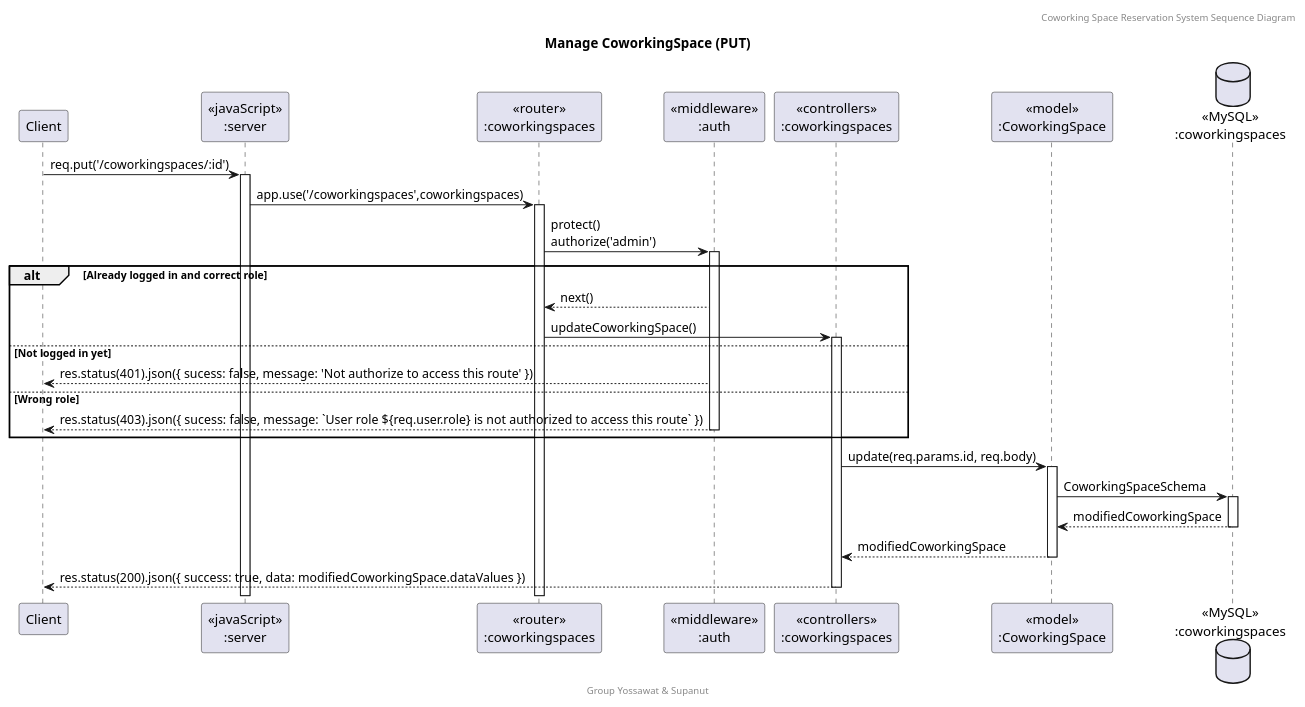
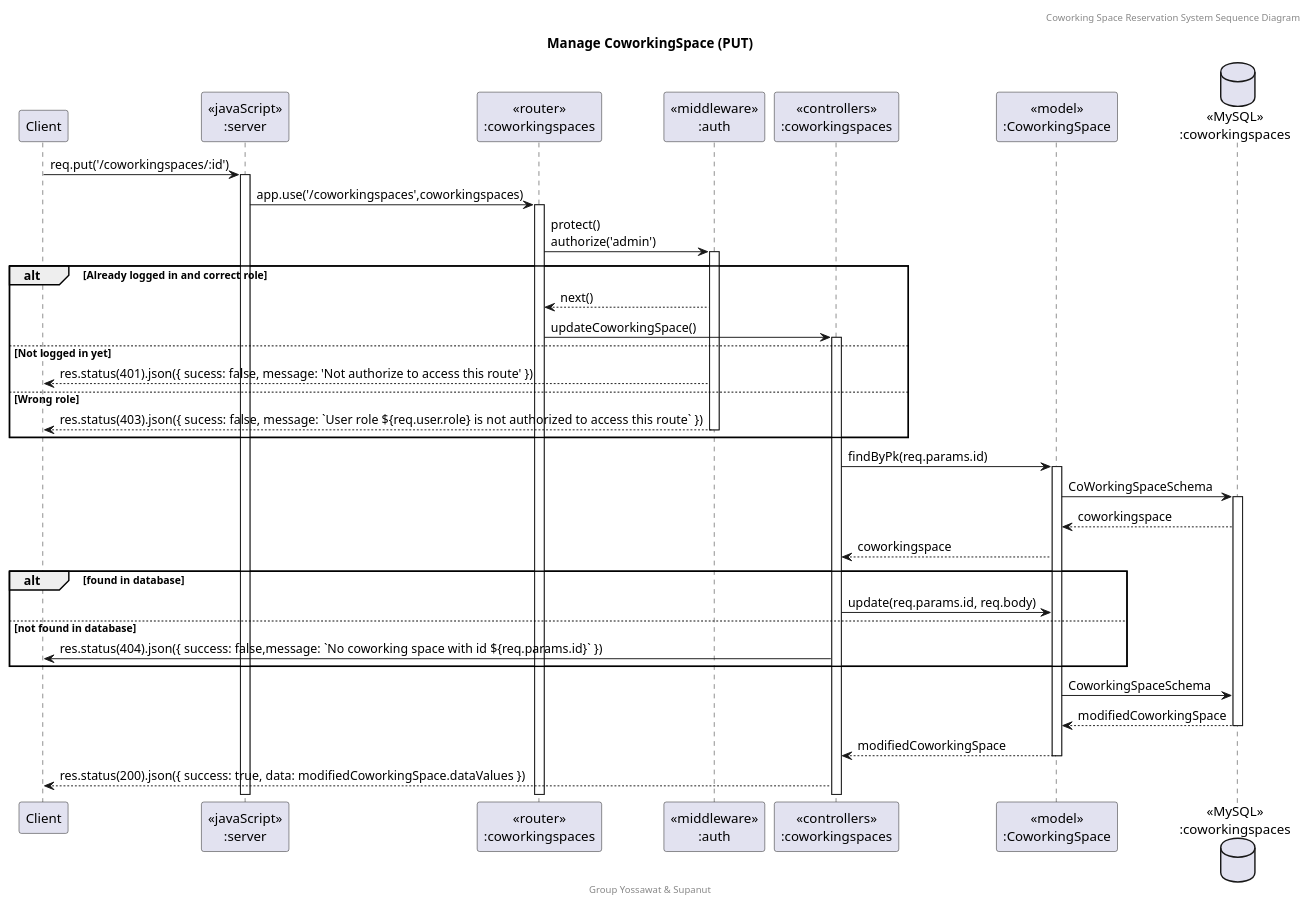
The diagram in doc/Sequence Diagram/puml/Co_Put.puml (SupanutT/sw-dev-prac-project), drawn with PlantUML before and after one commit. The commit also changed 29 other files, not shown here.

Commit message:
feat: add png for every diagram

```diff
--- a/doc/Sequence Diagram/puml/Co_Put.puml
+++ b/doc/Sequence Diagram/puml/Co_Put.puml
@@ -1,32 +1,41 @@
 @startuml Manage CoworkingSpace (PUT)
 
 header Coworking Space Reservation System Sequence Diagram
 footer Group Yossawat & Supanut
 title "Manage CoworkingSpace (PUT)"
 
 participant "Client" as client
 participant "<<javaScript>>\n:server" as server
 participant "<<router>>\n:coworkingspaces" as routerCoworkingSpaces
 participant "<<middleware>>\n:auth" as middleware
 participant "<<controllers>>\n:coworkingspaces" as controllersCoworkingSpaces
 participant "<<model>>\n:CoworkingSpace" as modelCoworkingSpace
 database "<<MySQL>>\n:coworkingspaces" as CoworkingSpacesDatabase
 
 client->server ++:req.put('/coworkingspaces/:id')
 server->routerCoworkingSpaces ++:app.use('/coworkingspaces',coworkingspaces)
 routerCoworkingSpaces -> middleware ++:protect()\nauthorize('admin')
 alt Already logged in and correct role
     middleware --> routerCoworkingSpaces : next()
     routerCoworkingSpaces -> controllersCoworkingSpaces ++: updateCoworkingSpace()
 else Not logged in yet
     middleware --> client : res.status(401).json({ sucess: false, message: 'Not authorize to access this route' })
 else Wrong role
     middleware --> client --: res.status(403).json({ sucess: false, message: `User role ${req.user.role} is not authorized to access this route` })
 end
-controllersCoworkingSpaces-> modelCoworkingSpace ++:update(req.params.id, req.body)
-modelCoworkingSpace -> CoworkingSpacesDatabase ++: CoworkingSpaceSchema
+controllersCoworkingSpaces -> modelCoworkingSpace ++: findByPk(req.params.id)
+modelCoworkingSpace -> CoworkingSpacesDatabase ++: CoWorkingSpaceSchema
+CoworkingSpacesDatabase --> modelCoworkingSpace : coworkingspace
+controllersCoworkingSpaces <-- modelCoworkingSpace : coworkingspace
+alt found in database
+    controllersCoworkingSpaces -> modelCoworkingSpace : update(req.params.id, req.body)
+else not found in database
+    controllersCoworkingSpaces -> client : res.status(404).json({ success: false,message: `No coworking space with id ${req.params.id}` })
+end
+modelCoworkingSpace -> CoworkingSpacesDatabase : CoworkingSpaceSchema
 CoworkingSpacesDatabase --> modelCoworkingSpace --: modifiedCoworkingSpace
 controllersCoworkingSpaces <-- modelCoworkingSpace --: modifiedCoworkingSpace
-controllersCoworkingSpaces-->client --: res.status(200).json({ success: true, data: modifiedCoworkingSpace.dataValues })
+controllersCoworkingSpaces-->client : res.status(200).json({ success: true, data: modifiedCoworkingSpace.dataValues })
+
 
 @enduml
```
